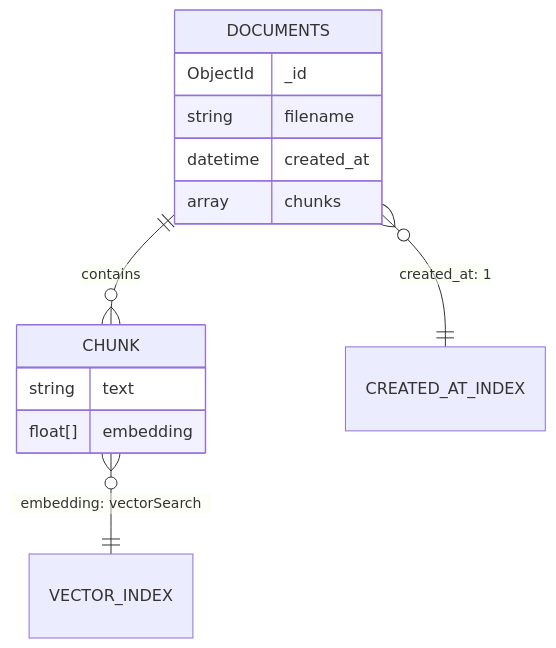
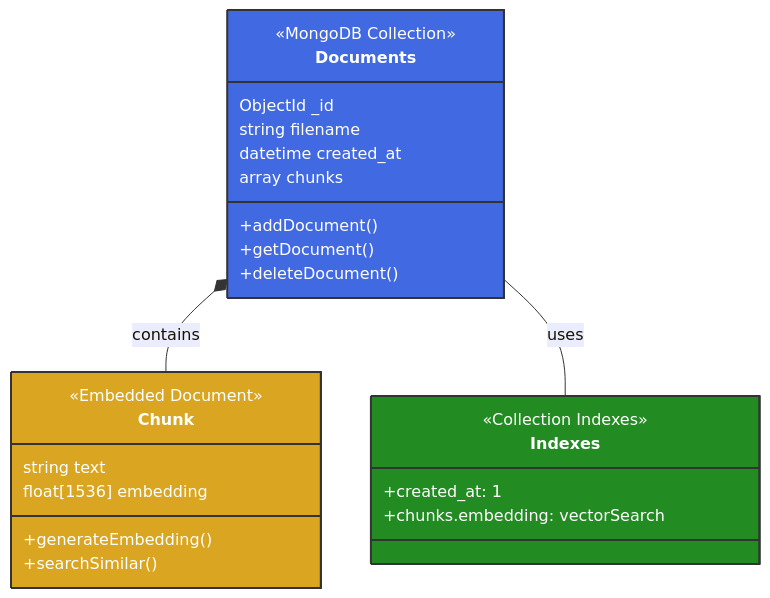
Before and after one commit to jnuts74/doc-upload-test: the second of 4 diagrams in README.md, drawn with Mermaid. The commit also changed other lines of this file, not shown here.

Commit message:
Revise README.md to update architecture diagrams for MongoDB and SQLite, enhancing clarity with class diagrams and method descriptions. Added new sections for application access URLs and improved credential management details, ensuring comprehensive documentation for developers and users.

````diff
--- a/README.md
+++ b/README.md
@@ -136,20 +136,35 @@
 ```mermaid
-erDiagram
-    DOCUMENTS {
+classDiagram
+    class Documents {
+        <<MongoDB Collection>>
         ObjectId _id
         string filename
         datetime created_at
         array chunks
+        +addDocument()
+        +getDocument()
+        +deleteDocument()
     }
     
-    CHUNK {
+    class Chunk {
+        <<Embedded Document>>
         string text
-        float[] embedding
+        float[1536] embedding
+        +generateEmbedding()
+        +searchSimilar()
     }
     
-    DOCUMENTS ||--o{ CHUNK : contains
+    class Indexes {
+        <<Collection Indexes>>
+        +created_at: 1
+        +chunks.embedding: vectorSearch
+    }
 
-    %% Index definitions
-    DOCUMENTS }o--|| CREATED_AT_INDEX : "created_at: 1"
-    CHUNK }o--|| VECTOR_INDEX : "embedding: vectorSearch"
+    Documents *-- Chunk : contains
+    Documents -- Indexes : uses
+    
+    %% Styling
+    style Documents fill:#4169e1,stroke:#333,stroke-width:2px,color:#fff
+    style Chunk fill:#daa520,stroke:#333,stroke-width:2px,color:#fff
+    style Indexes fill:#228b22,stroke:#333,stroke-width:2px,color:#fff
 ```
````
